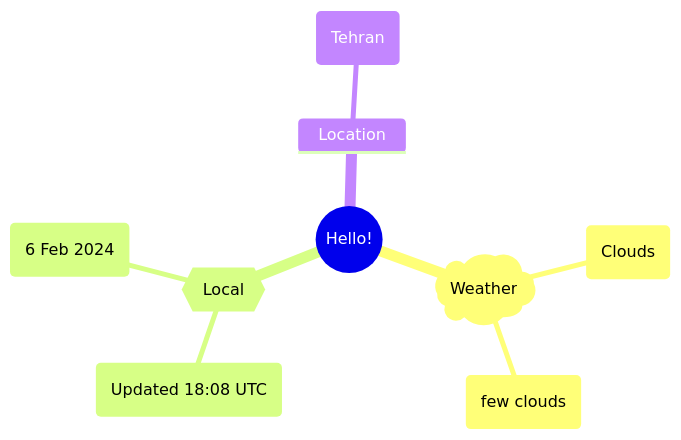
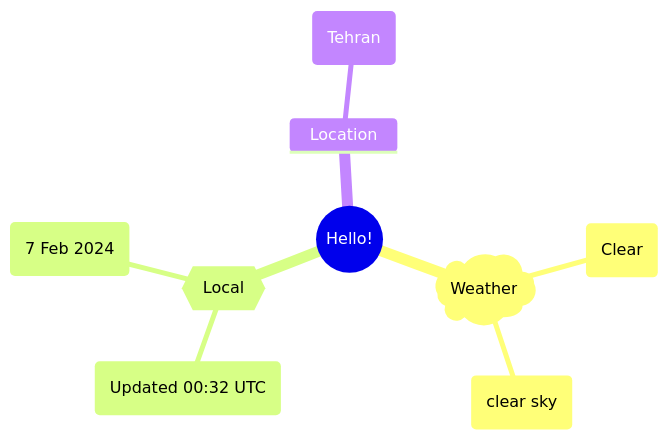
Before and after one commit to Xosrov/Xosrov: the first of 2 diagrams in README.md, drawn with Mermaid.

Commit message:
[bot] updated images

````diff
--- a/README.md
+++ b/README.md
@@ -3,12 +3,12 @@
 ```mermaid
 mindmap
   root((Hello!))
     )Weather(
-        (Clouds)
-        (few clouds)
+        (Clear)
+        (clear sky)
     {{Local}}
-        (Updated 18:08 UTC)
-        (6 Feb 2024)
+        (Updated 00:32 UTC)
+        (7 Feb 2024)
     Location
         (Tehran)
 ```
````
